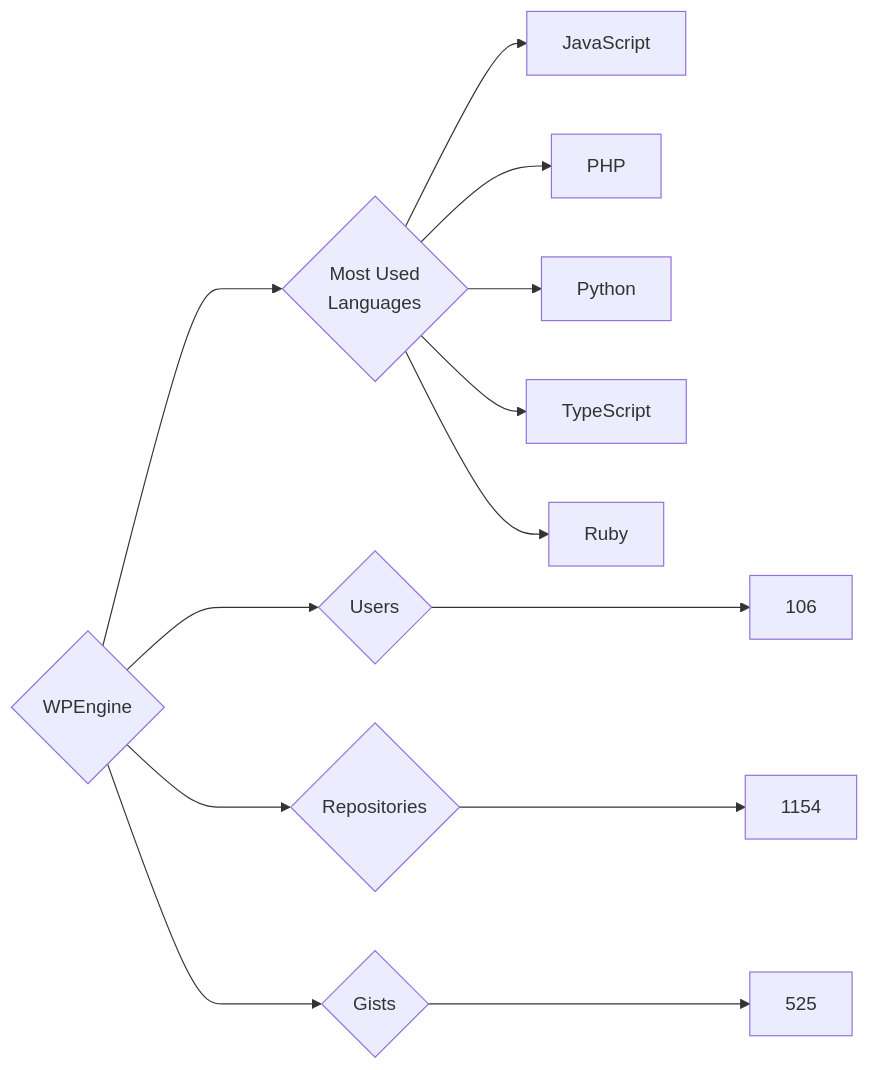
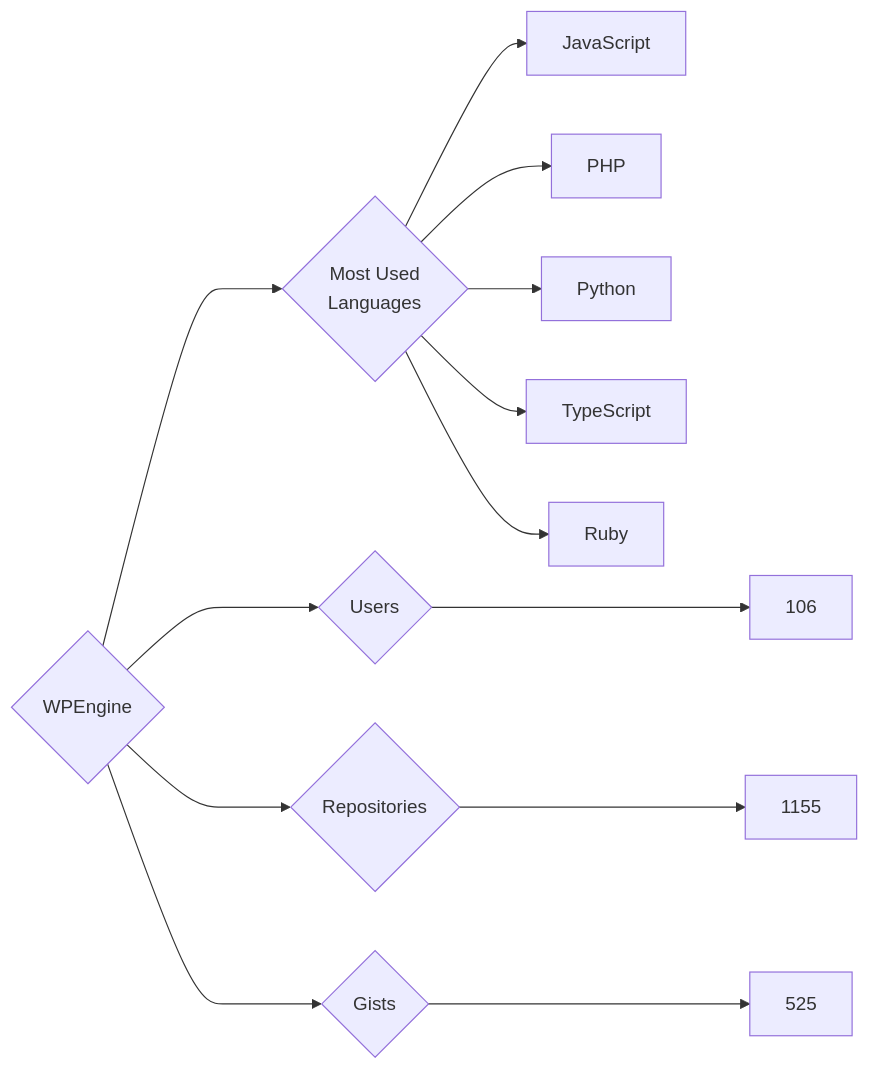
One commit to trickest/insiders changed the diagram in targets/WPEngine/README.md. Above: the diagram before and after it, drawn with Mermaid. The commit also changed 1011 other files, not shown here.

````diff
--- a/targets/WPEngine/README.md
+++ b/targets/WPEngine/README.md
@@ -3,13 +3,13 @@
 ```mermaid
 graph LR
 COMPANY_NAME{WPEngine}
 COMPANY_NAME ---> U{Users} ---> UN[106]
-COMPANY_NAME ---> R{Repositories} ---> RN[1154]
+COMPANY_NAME ---> R{Repositories} ---> RN[1155]
 COMPANY_NAME ---> G{Gists} ---> GN[525]
 COMPANY_NAME ---> ML{Most Used<br>Languages}
 ML --> JavaScript[JavaScript]
 ML --> PHP[PHP]
 ML --> Python[Python]
 ML --> TypeScript[TypeScript]
 ML --> Ruby[Ruby]
 ```
````
